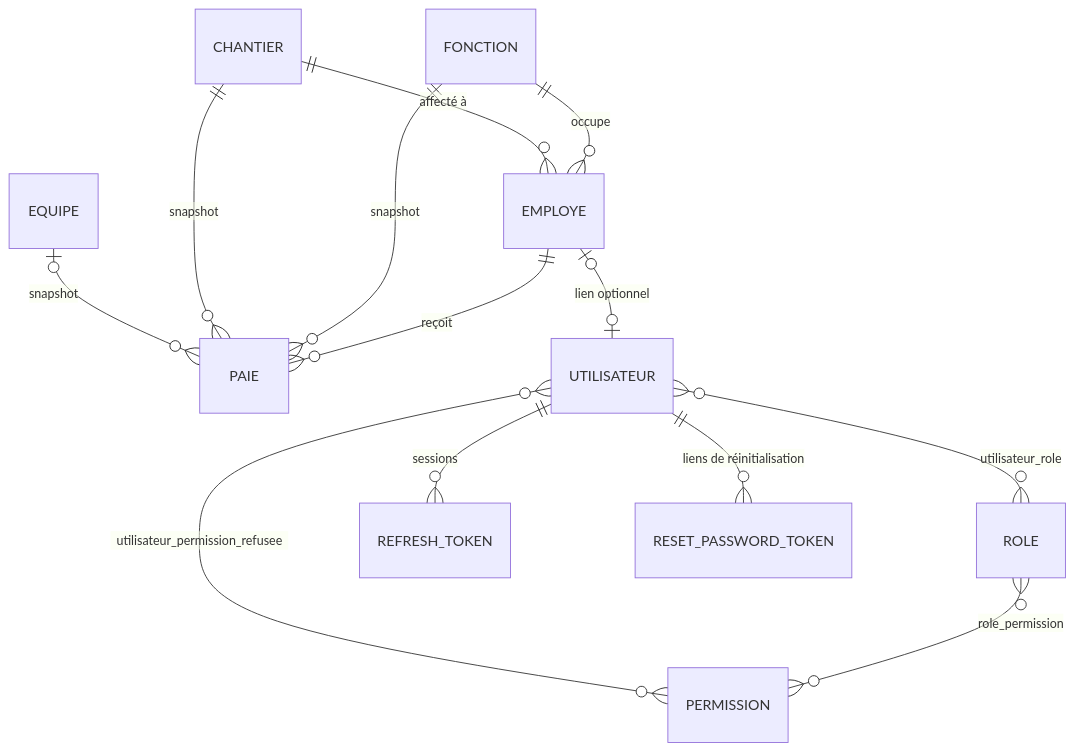
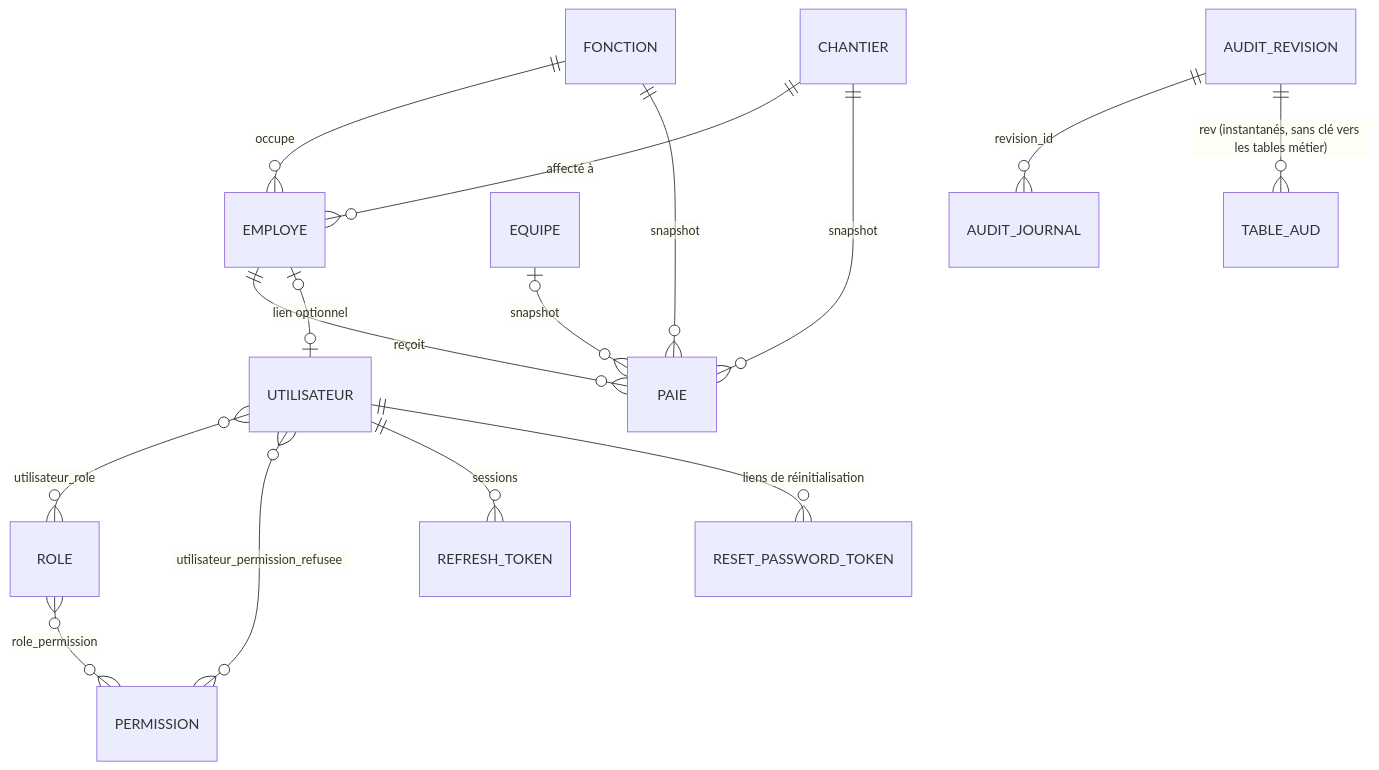
The diagram in docs/data-model.md (HmaydaAbdo/Rh-ERP), drawn with Mermaid before and after one commit. The commit also changed other lines of this file and 226 other files, not shown here.

````diff
--- a/docs/data-model.md
+++ b/docs/data-model.md
@@ -11,15 +11,17 @@
 ```mermaid
 erDiagram
   FONCTION ||--o{ EMPLOYE : "occupe"
   CHANTIER ||--o{ EMPLOYE : "affecté à"
   EMPLOYE  ||--o{ PAIE : "reçoit"
   FONCTION ||--o{ PAIE : "snapshot"
   CHANTIER ||--o{ PAIE : "snapshot"
   EQUIPE   |o--o{ PAIE : "snapshot"
   EMPLOYE  |o--o| UTILISATEUR : "lien optionnel"
   UTILISATEUR }o--o{ ROLE : "utilisateur_role"
   ROLE }o--o{ PERMISSION : "role_permission"
   UTILISATEUR }o--o{ PERMISSION : "utilisateur_permission_refusee"
   UTILISATEUR ||--o{ REFRESH_TOKEN : "sessions"
   UTILISATEUR ||--o{ RESET_PASSWORD_TOKEN : "liens de réinitialisation"
+  AUDIT_REVISION ||--o{ AUDIT_JOURNAL : "revision_id"
+  AUDIT_REVISION ||--o{ TABLE_AUD : "rev (instantanés, sans clé vers les tables métier)"
 ```
````
